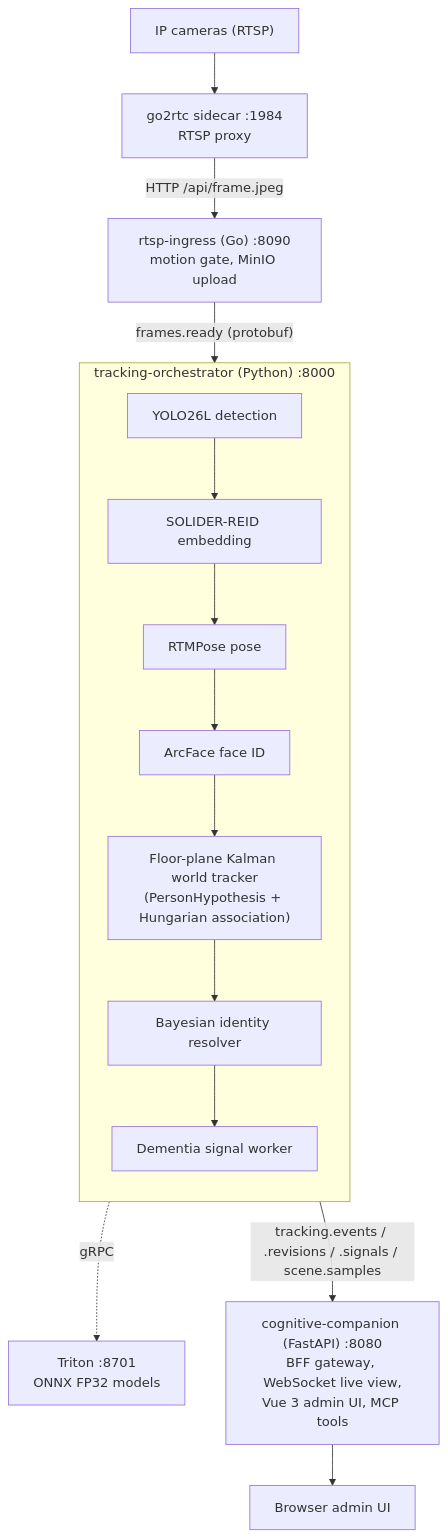
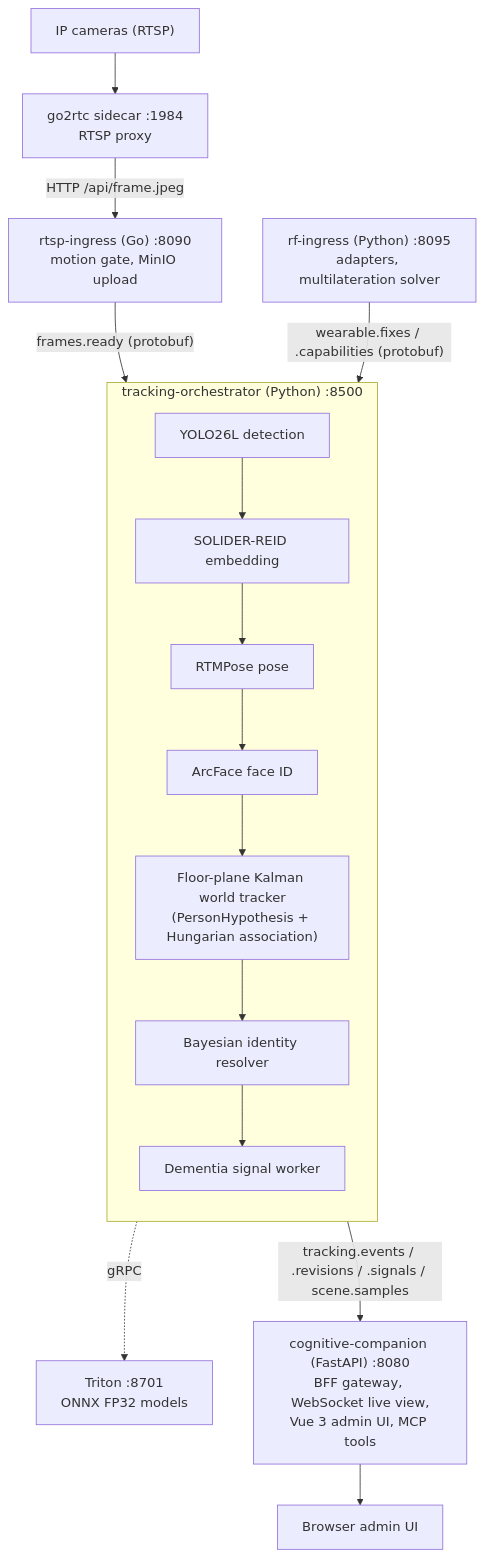
One commit to SilverMind-Project/continuous-tracking changed the first of 5 diagrams in docs/systems-architecture.md. Above: the diagram before and after it, drawn with Mermaid. The commit also changed other lines of this file and 89 other files, not shown here.

````diff
--- a/docs/systems-architecture.md
+++ b/docs/systems-architecture.md
@@ -12,20 +12,21 @@
 ```mermaid
 flowchart TD
   cam["IP cameras (RTSP)"] --> go2rtc["go2rtc sidecar :1984\nRTSP proxy"]
   go2rtc -->|"HTTP /api/frame.jpeg"| ingress["rtsp-ingress (Go) :8090\nmotion gate, MinIO upload"]
   ingress -->|"frames.ready (protobuf)"| orch
-  subgraph orch["tracking-orchestrator (Python) :8000"]
+  rf["rf-ingress (Python) :8095\nadapters, multilateration solver"] -->|"wearable.fixes / .capabilities (protobuf)"| orch
+  subgraph orch["tracking-orchestrator (Python) :8500"]
     direction TB
     det["YOLO26L detection"] --> reid["SOLIDER-REID embedding"]
     reid --> pose["RTMPose pose"]
     pose --> face["ArcFace face ID"]
     face --> wt["Floor-plane Kalman world tracker\n(PersonHypothesis + Hungarian association)"]
     wt --> idr["Bayesian identity resolver"]
     idr --> sig["Dementia signal worker"]
   end
   triton["Triton :8701\nONNX FP32 models"]
   orch -. gRPC .-> triton
   orch -->|"tracking.events / .revisions / .signals / scene.samples"| cc
   cc["cognitive-companion (FastAPI) :8080\nBFF gateway, WebSocket live view,\nVue 3 admin UI, MCP tools"]
   cc --> ui["Browser admin UI"]
 ```
````
